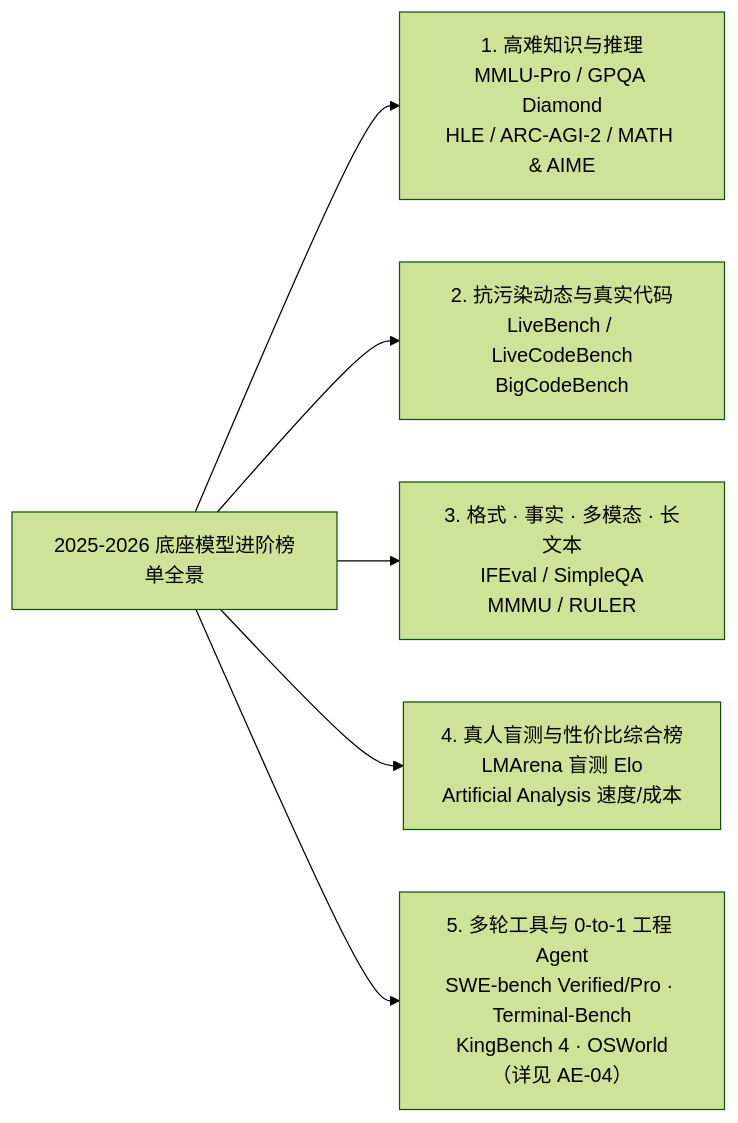
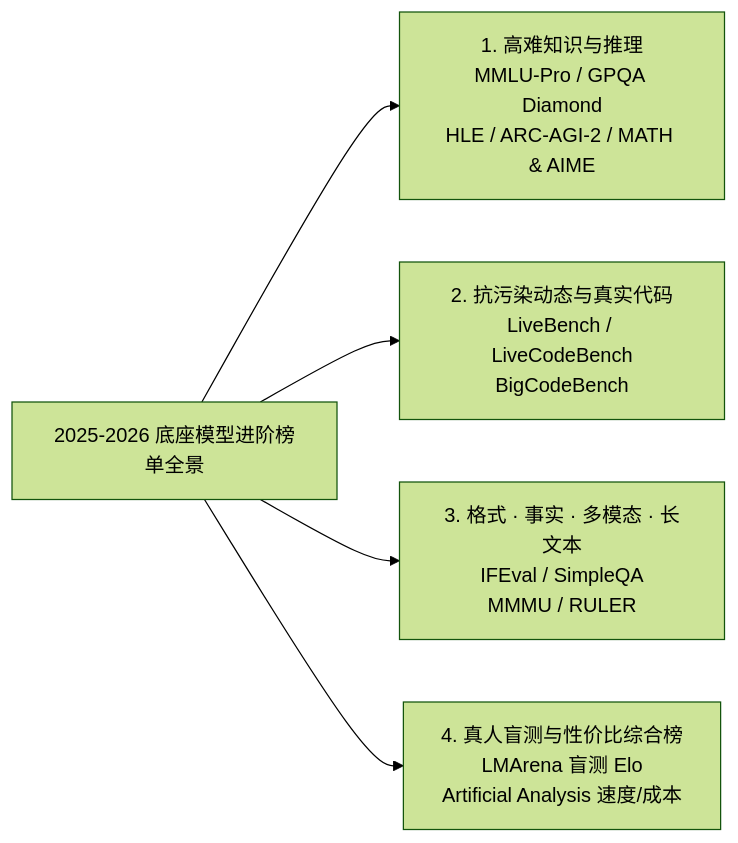
One commit to umuo/blog-notes changed the second of 2 diagrams in le-10-public-datasets.md. Above: the diagram before and after it, drawn with Mermaid (forest theme). The commit also changed other lines of this file, not shown here.

Commit message:
docs(le-10): remove overlapping Agent benchmark references to keep pure LLM focus

````diff
--- a/le-10-public-datasets.md
+++ b/le-10-public-datasets.md
@@ -103,8 +103,7 @@
 ```mermaid
 flowchart LR
     U["2025-2026 底座模型进阶榜单全景"] --> D1["1. 高难知识与推理<br/>MMLU-Pro / GPQA Diamond<br/>HLE / ARC-AGI-2 / MATH & AIME"]
     U --> D2["2. 抗污染动态与真实代码<br/>LiveBench / LiveCodeBench<br/>BigCodeBench"]
     U --> D3["3. 格式 · 事实 · 多模态 · 长文本<br/>IFEval / SimpleQA<br/>MMMU / RULER"]
     U --> D4["4. 真人盲测与性价比综合榜<br/>LMArena 盲测 Elo<br/>Artificial Analysis 速度/成本"]
-    U --> D5["5. 多轮工具与 0-to-1 工程 Agent<br/>SWE-bench Verified/Pro · Terminal-Bench<br/>KingBench 4 · OSWorld（详见 AE-04）"]
 ```
````
